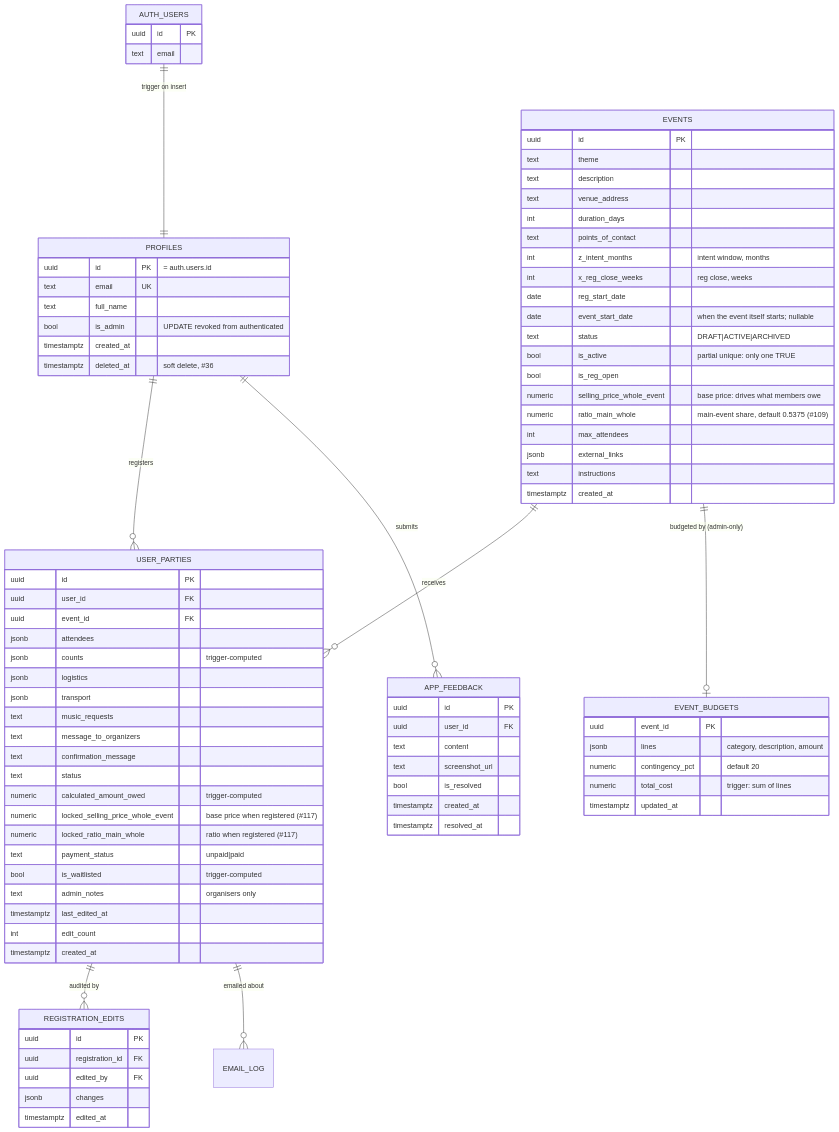
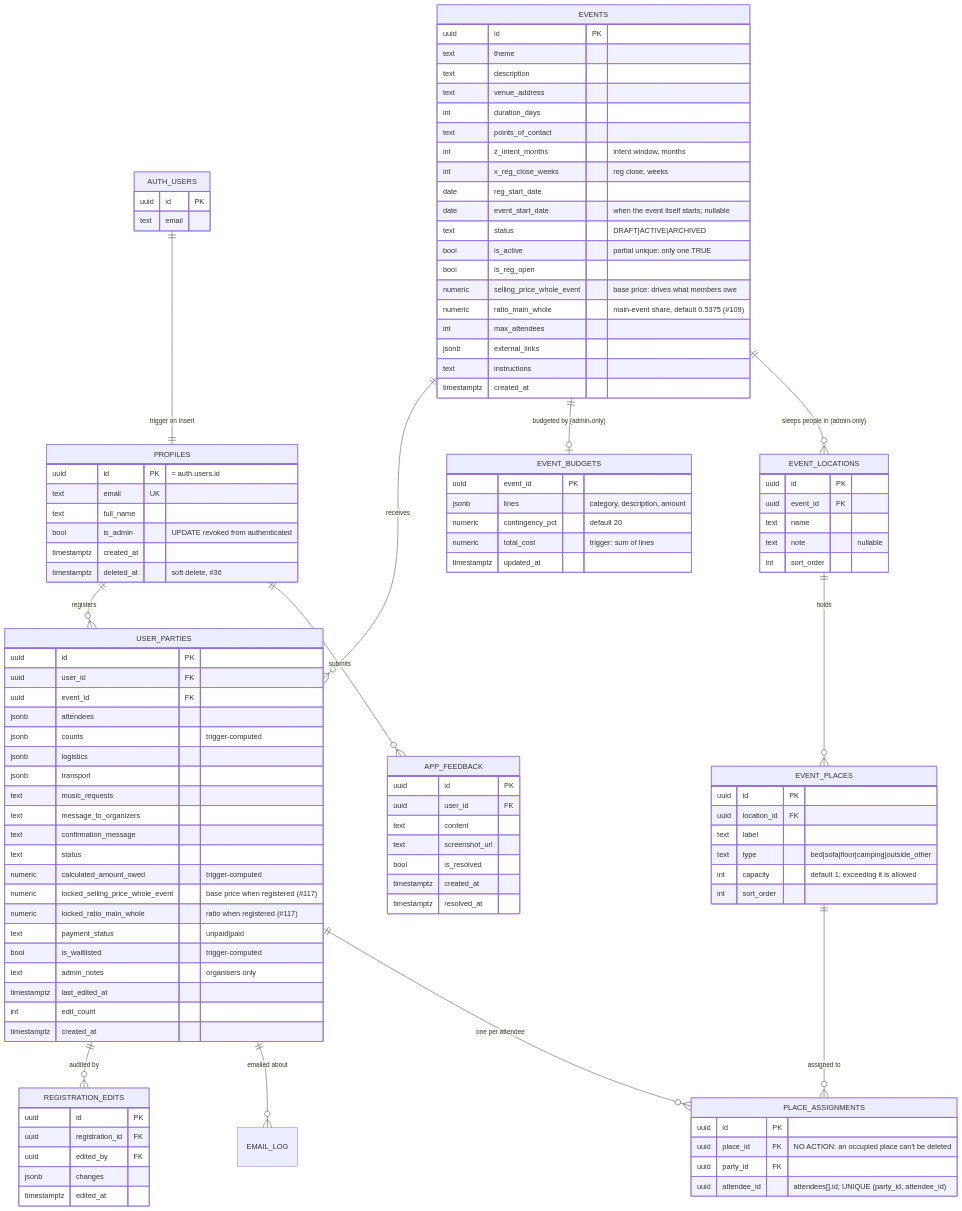
The first of 2 diagrams in docs/03-data-model.md (YULmix/yulmix-la-bedaine), drawn with Mermaid before and after one commit. The commit also changed other lines of this file and 12 other files, not shown here.

```diff
--- a/docs/03-data-model.md
+++ b/docs/03-data-model.md
@@ -16,6 +16,10 @@
   PROFILES ||--o{ APP_FEEDBACK : "submits"
   USER_PARTIES ||--o{ REGISTRATION_EDITS : "audited by"
   USER_PARTIES ||--o{ EMAIL_LOG : "emailed about"
+  EVENTS ||--o{ EVENT_LOCATIONS : "sleeps people in (admin-only)"
+  EVENT_LOCATIONS ||--o{ EVENT_PLACES : "holds"
+  EVENT_PLACES ||--o{ PLACE_ASSIGNMENTS : "assigned to"
+  USER_PARTIES ||--o{ PLACE_ASSIGNMENTS : "one per attendee"
 
   AUTH_USERS {
     uuid id PK
@@ -57,6 +61,27 @@
     numeric total_cost "trigger: sum of lines"
     timestamptz updated_at
   }
+  EVENT_LOCATIONS {
+    uuid id PK
+    uuid event_id FK
+    text name
+    text note "nullable"
+    int sort_order
+  }
+  EVENT_PLACES {
+    uuid id PK
+    uuid location_id FK
+    text label
+    text type "bed|sofa|floor|camping|outside_other"
+    int capacity "default 1; exceeding it is allowed"
+    int sort_order
+  }
+  PLACE_ASSIGNMENTS {
+    uuid id PK
+    uuid place_id FK "NO ACTION: an occupied place can't be deleted"
+    uuid party_id FK
+    uuid attendee_id "attendees[].id; UNIQUE (party_id, attendee_id)"
+  }
   USER_PARTIES {
     uuid id PK
     uuid user_id FK
```
